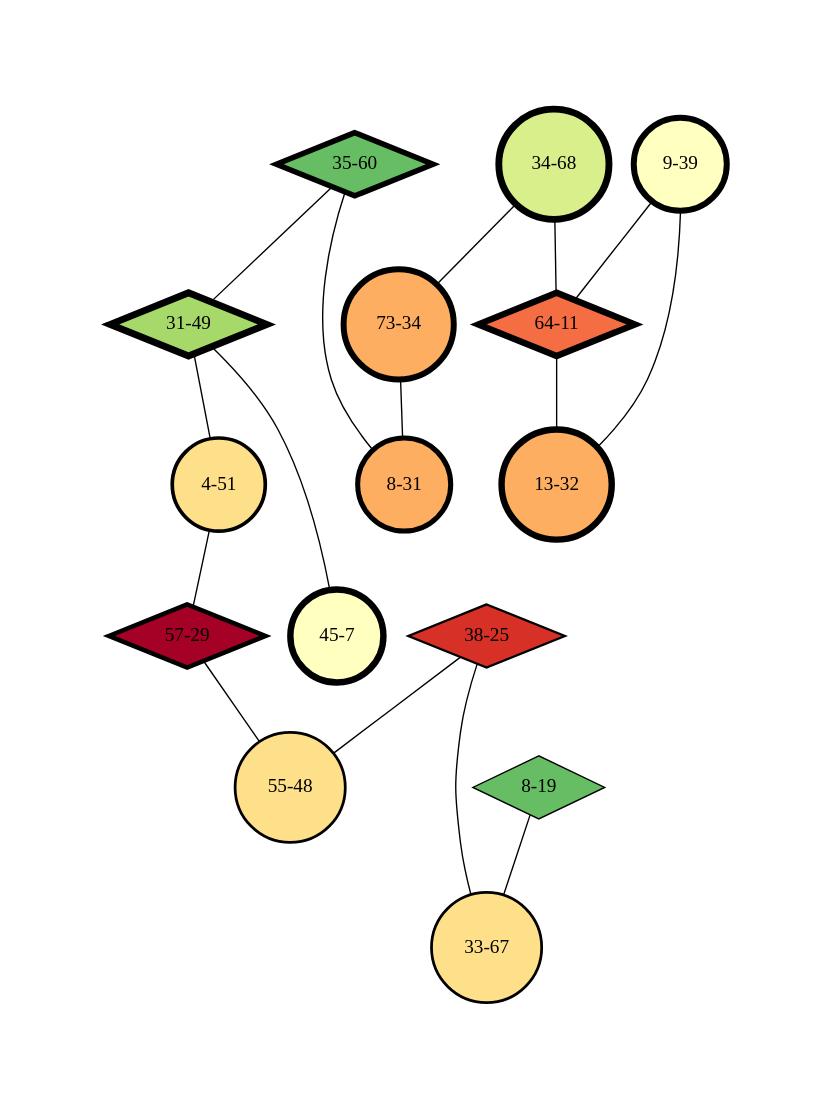
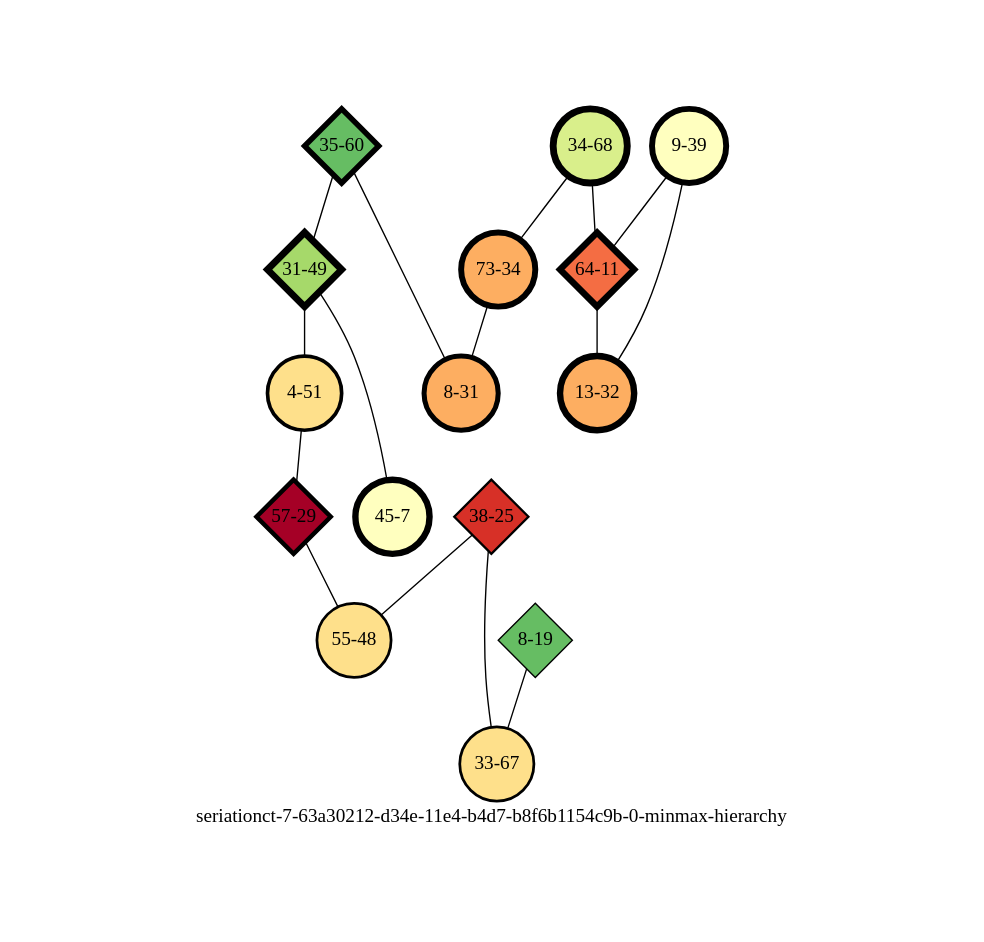
The diagram in experiments/seriationct-7/seriation-results/63a30212-d34e-11e4-b4d7-b8f6b1154c9b-0-sampled-0.1/63a30212-d34e-11e4-b4d7-b8f6b1154c9b-0-sampled-0.1-minmax-by-weight.png-annotated-hierarchy.dot (mmadsen/experiment-seriationct), drawn with Graphviz before and after one commit. The commit also changed 54 other files, not shown here.

```diff
--- a/experiments/seriationct-7/seriation-results/63a30212-d34e-11e4-b4d7-b8f6b1154c9b-0-sampled-0.1/63a30212-d34e-11e4-b4d7-b8f6b1154c9b-0-sampled-0.1-minmax-by-weight.png-annotated-hierarchy.dot
+++ b/experiments/seriationct-7/seriation-results/63a30212-d34e-11e4-b4d7-b8f6b1154c9b-0-sampled-0.1/63a30212-d34e-11e4-b4d7-b8f6b1154c9b-0-sampled-0.1-minmax-by-weight.png-annotated-hierarchy.dot
@@ -1,36 +1,37 @@
-strict graph G {
+strict graph "seriationct-7-63a30212-d34e-11e4-b4d7-b8f6b1154c9b-0-minmax-hierarchy" {
 labelloc=b;
 ratio=auto;
 pad="1.0";
-node [width="0.3", shape=circle, height="0.3", style=filled, label=""];
+label="seriationct-7-63a30212-d34e-11e4-b4d7-b8f6b1154c9b-0-minmax-hierarchy";
+node [width="0.75", style=filled, fixedsize=true, height="0.75", shape=circle, label=""];
 0 [xCoordinate="60.0", appears_in_slice=12, yCoordinate="35.0", level=child, colorscheme=rdylgn11, child_of="assemblage-10-67", short_label="35-60", label="35-60", shape=diamond, fillcolor=9, size="767.140256851", parent_node="assemblage-10-67", id=0, penwidth="4.0"];
 1 [xCoordinate="49.0", appears_in_slice=15, yCoordinate="31.0", level=child, colorscheme=rdylgn11, child_of="assemblage-34-37", short_label="31-49", label="31-49", shape=diamond, fillcolor=8, size="373.607760426", parent_node="assemblage-34-37", id=1, penwidth="5.0"];
 2 [xCoordinate="68.0", appears_in_slice=15, yCoordinate="34.0", level=grandchild, colorscheme=rdylgn11, child_of="assemblage-23-55", short_label="34-68", label="34-68", shape=circle, fillcolor=7, size="373.607760426", parent_node="assemblage-28-29", id=2, penwidth="5.0"];
 3 [xCoordinate="39.0", appears_in_slice=13, yCoordinate="9.0", level=grandchild, colorscheme=rdylgn11, child_of="assemblage-56-28", short_label="9-39", label="9-39", shape=circle, fillcolor=6, size="388.667783829", parent_node="assemblage-35-60", id=3, penwidth="4.33333333333"];
 4 [xCoordinate="51.0", appears_in_slice=8, yCoordinate="4.0", level=grandchild, colorscheme=rdylgn11, child_of="assemblage-23-47", short_label="4-51", label="4-51", shape=circle, fillcolor=5, size="1098.98083007", parent_node="assemblage-68-63", id=4, penwidth="2.66666666667"];
 5 [xCoordinate="34.0", appears_in_slice=13, yCoordinate="73.0", level=grandchild, colorscheme=rdylgn11, child_of="assemblage-64-39", short_label="73-34", label="73-34", shape=circle, fillcolor=4, size="388.667783829", parent_node="assemblage-35-60", id=7, penwidth="4.33333333333"];
 6 [xCoordinate="11.0", appears_in_slice=14, yCoordinate="64.0", level=child, colorscheme=rdylgn11, child_of="assemblage-34-37", short_label="64-11", label="64-11", shape=diamond, fillcolor=3, size="735.254178524", parent_node="assemblage-34-37", id=6, penwidth="4.66666666667"];
 7 [xCoordinate="32.0", appears_in_slice=14, yCoordinate="13.0", level=grandchild, colorscheme=rdylgn11, child_of="assemblage-64-39", short_label="13-32", label="13-32", shape=circle, fillcolor=4, size="361.646418098", parent_node="assemblage-35-60", id=5, penwidth="4.66666666667"];
 8 [xCoordinate="25.0", appears_in_slice=5, yCoordinate="38.0", level=child, colorscheme=rdylgn11, child_of="assemblage-10-43", short_label="38-25", label="38-25", shape=diamond, fillcolor=2, size="355.71991968", parent_node="assemblage-10-43", id=8, penwidth="1.66666666667"];
 9 [xCoordinate="29.0", appears_in_slice=10, yCoordinate="57.0", level=child, colorscheme=rdylgn11, child_of="assemblage-10-67", short_label="57-29", label="57-29", shape=diamond, fillcolor=1, size="358.417722433", parent_node="assemblage-10-67", id=9, penwidth="3.33333333333"];
 10 [xCoordinate="19.0", appears_in_slice=3, yCoordinate="8.0", level=child, colorscheme=rdylgn11, child_of="assemblage-57-46", short_label="8-19", label="8-19", shape=diamond, fillcolor=9, size="719.760773153", parent_node="assemblage-57-46", id=10, penwidth="1.0"];
 11 [xCoordinate="67.0", appears_in_slice=6, yCoordinate="33.0", level=grandchild, colorscheme=rdylgn11, child_of="assemblage-23-47", short_label="33-67", label="33-67", shape=circle, fillcolor=5, size="348.114066134", parent_node="assemblage-68-63", id=11, penwidth="2.0"];
 12 [xCoordinate="31.0", appears_in_slice=11, yCoordinate="8.0", level=grandchild, colorscheme=rdylgn11, child_of="assemblage-64-39", short_label="8-31", label="8-31", shape=circle, fillcolor=4, size="255.066957514", parent_node="assemblage-8-26", id=12, penwidth="3.66666666667"];
 13 [xCoordinate="48.0", appears_in_slice=6, yCoordinate="55.0", level=grandchild, colorscheme=rdylgn11, child_of="assemblage-23-47", short_label="55-48", label="55-48", shape=circle, fillcolor=5, size="613.701370932", parent_node="assemblage-65-58", id=13, penwidth="2.0"];
 14 [xCoordinate="7.0", appears_in_slice=14, yCoordinate="45.0", level=grandchild, colorscheme=rdylgn11, child_of="assemblage-56-28", short_label="45-7", label="45-7", shape=circle, fillcolor=6, size="361.646418098", parent_node="assemblage-35-54", id=14, penwidth="4.66666666667"];
 0 -- 1  [inverseweight="158.926233623", weight="0.00629222738879"];
 0 -- 12  [inverseweight="2570.04485981", weight="0.000389098266586"];
 1 -- 4  [inverseweight="8.10910703761", weight="0.123318140377"];
 1 -- 14  [inverseweight="145.64784414", weight="0.00686587574233"];
 2 -- 5  [inverseweight="7056.74696386", weight="0.000141708354447"];
 2 -- 6  [inverseweight="28154.0097641", weight="3.55e-05"];
 3 -- 6  [inverseweight="47985.6803849", weight="2.083955e-05"];
 3 -- 7  [inverseweight=100000, weight="1e-06"];
 4 -- 9  [inverseweight="24.050375997", weight="0.041579391529"];
 5 -- 12  [inverseweight="3173.50506567", weight="0.000315108997561"];
 6 -- 7  [inverseweight="47985.6803849", weight="2.08395e-05"];
 8 -- 11  [inverseweight="4.0912243666", weight="0.244425607201"];
 8 -- 13  [inverseweight="5.55544121323", weight="0.180003704768"];
 9 -- 13  [inverseweight="6.90978014418", weight="0.14472240493"];
 10 -- 11  [inverseweight="7.21599981235", weight="0.138580934868"];
 }
```
